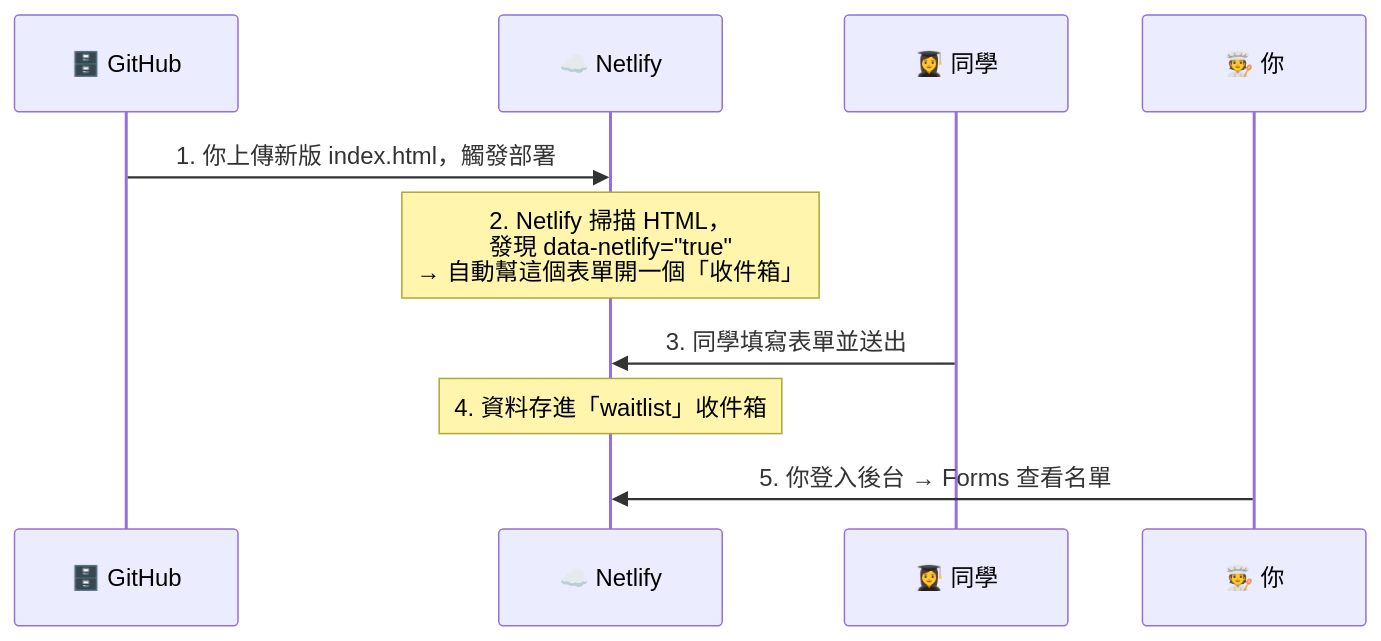
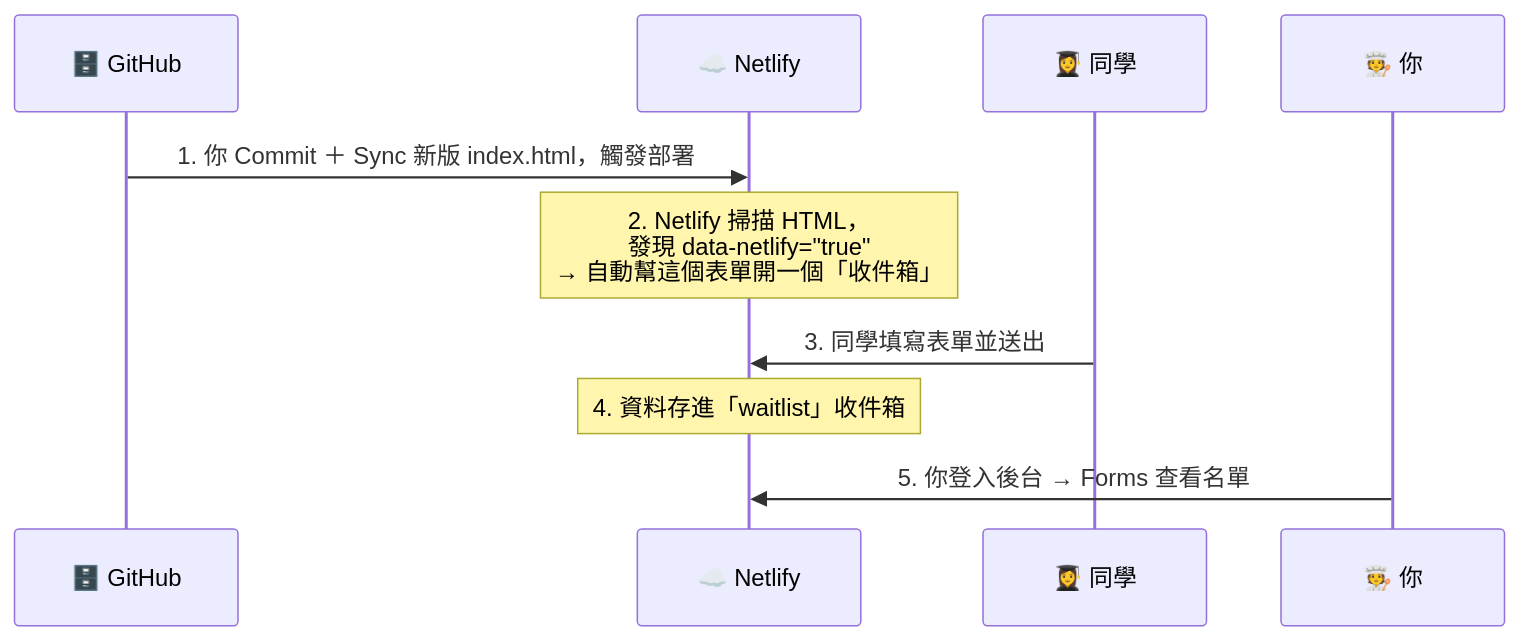
The diagram in docs/tutorials/netlify_forms.md (cychiang-ntpu/VibeNTPU), drawn with Mermaid before and after one commit. The commit also changed other lines of this file and 37 other files, not shown here.

First line of the commit message:
Switch workflow to VS Code + GitHub Copilot; add social-media SaaS architecture

````diff
--- a/docs/tutorials/netlify_forms.md
+++ b/docs/tutorials/netlify_forms.md
@@ -12,13 +12,13 @@
 ```mermaid
 sequenceDiagram
     participant G as 🗄️ GitHub
     participant N as ☁️ Netlify
     participant U as 👩‍🎓 同學
     participant Y as 🧑‍🍳 你
 
-    G->>N: 1. 你上傳新版 index.html，觸發部署
+    G->>N: 1. 你 Commit ＋ Sync 新版 index.html，觸發部署
     Note over N: 2. Netlify 掃描 HTML，<br/>發現 data-netlify="true"<br/>→ 自動幫這個表單開一個「收件箱」
     U->>N: 3. 同學填寫表單並送出
     Note over N: 4. 資料存進「waitlist」收件箱
     Y->>N: 5. 你登入後台 → Forms 查看名單
 ```
````
